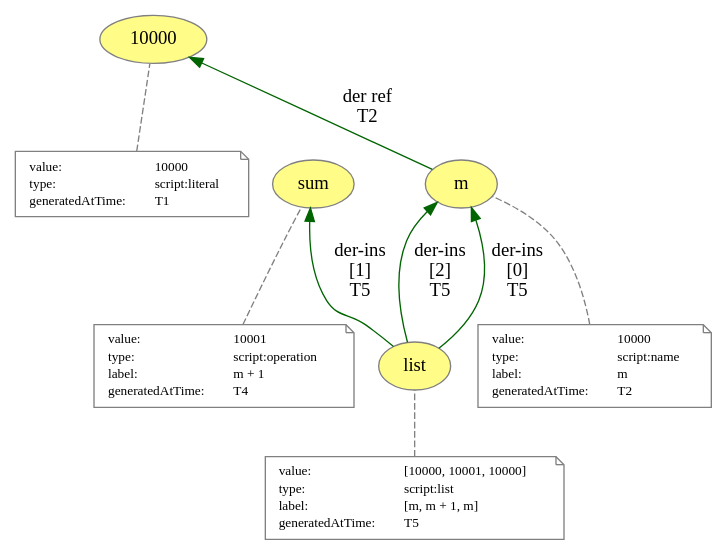
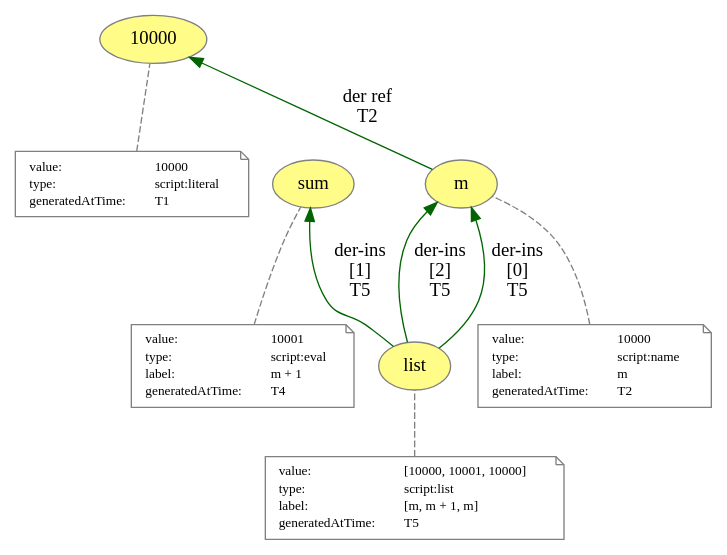
One commit to dew-uff/versioned-prov changed the diagram in images/versioned_prov/list.dot. Above: the diagram before and after it, drawn with Graphviz. The commit also changed 243 other files, not shown here.

```diff
--- a/images/versioned_prov/list.dot
+++ b/images/versioned_prov/list.dot
@@ -1,89 +1,89 @@
 digraph "PROV" { size="16,12"; rankdir="BT";
 "http://example.org/10000" [fillcolor="#FFFC87",color="#808080",style="filled",label="10000",URL="http://example.org/10000"]
 "-attrs0" [color="gray",shape="note",fontsize="10",fontcolor="black",label=<<TABLE cellpadding="0" border="0">
 	<TR>
 	    <TD align="left">value:</TD>
 	    <TD align="left">10000</TD>
 	</TR>
 	<TR>
 	    <TD align="left">type:</TD>
 	    <TD align="left">script:literal</TD>
 	</TR>
 	<TR>
 	    <TD align="left">generatedAtTime:</TD>
 	    <TD align="left">T1</TD>
 	</TR>
 </TABLE>>]
 "-attrs0" -> "http://example.org/10000" [color="gray",style="dashed",arrowhead="none"]
 "http://example.org/m" [fillcolor="#FFFC87",color="#808080",style="filled",label="m",URL="http://example.org/m"]
 "-attrs1" [color="gray",shape="note",fontsize="10",fontcolor="black",label=<<TABLE cellpadding="0" border="0">
 	<TR>
 	    <TD align="left">value:</TD>
 	    <TD align="left">10000</TD>
 	</TR>
 	<TR>
 	    <TD align="left">type:</TD>
 	    <TD align="left">script:name</TD>
 	</TR>
 	<TR>
 	    <TD align="left">label:</TD>
 	    <TD align="left">m</TD>
 	</TR>
 	<TR>
 	    <TD align="left">generatedAtTime:</TD>
 	    <TD align="left">T2</TD>
 	</TR>
 </TABLE>>]
 "-attrs1" -> "http://example.org/m" [color="gray",style="dashed",arrowhead="none"]
 "http://example.org/m" -> "http://example.org/10000" [labelfontsize="8",labeldistance="1.5",color="darkgreen",labelangle="60.0",rotation="20",label="der ref
 T2"]
 "http://example.org/sum" [fillcolor="#FFFC87",color="#808080",style="filled",label="sum",URL="http://example.org/sum"]
 "-attrs2" [color="gray",shape="note",fontsize="10",fontcolor="black",label=<<TABLE cellpadding="0" border="0">
 	<TR>
 	    <TD align="left">value:</TD>
 	    <TD align="left">10001</TD>
 	</TR>
 	<TR>
 	    <TD align="left">type:</TD>
-	    <TD align="left">script:operation</TD>
+	    <TD align="left">script:eval</TD>
 	</TR>
 	<TR>
 	    <TD align="left">label:</TD>
 	    <TD align="left">m + 1</TD>
 	</TR>
 	<TR>
 	    <TD align="left">generatedAtTime:</TD>
 	    <TD align="left">T4</TD>
 	</TR>
 </TABLE>>]
 "-attrs2" -> "http://example.org/sum" [color="gray",style="dashed",arrowhead="none"]
 "http://example.org/list" [fillcolor="#FFFC87",color="#808080",style="filled",label="list",URL="http://example.org/list"]
 "-attrs3" [color="gray",shape="note",fontsize="10",fontcolor="black",label=<<TABLE cellpadding="0" border="0">
 	<TR>
 	    <TD align="left">value:</TD>
 	    <TD align="left">[10000, 10001, 10000]</TD>
 	</TR>
 	<TR>
 	    <TD align="left">type:</TD>
 	    <TD align="left">script:list</TD>
 	</TR>
 	<TR>
 	    <TD align="left">label:</TD>
 	    <TD align="left">[m, m + 1, m]</TD>
 	</TR>
 	<TR>
 	    <TD align="left">generatedAtTime:</TD>
 	    <TD align="left">T5</TD>
 	</TR>
 </TABLE>>]
 "-attrs3" -> "http://example.org/list" [color="gray",style="dashed",arrowhead="none"]
 "http://example.org/list" -> "http://example.org/m" [labelfontsize="8",labeldistance="1.5",color="darkgreen",labelangle="60.0",rotation="20",label="der-ins
 [0]
 T5"]
 "http://example.org/list" -> "http://example.org/sum" [labelfontsize="8",labeldistance="1.5",color="darkgreen",labelangle="60.0",rotation="20",label="der-ins
 [1]
 T5"]
 "http://example.org/list" -> "http://example.org/m" [labelfontsize="8",labeldistance="1.5",color="darkgreen",labelangle="60.0",rotation="20",label="der-ins
 [2]
 T5"]
 }
```
